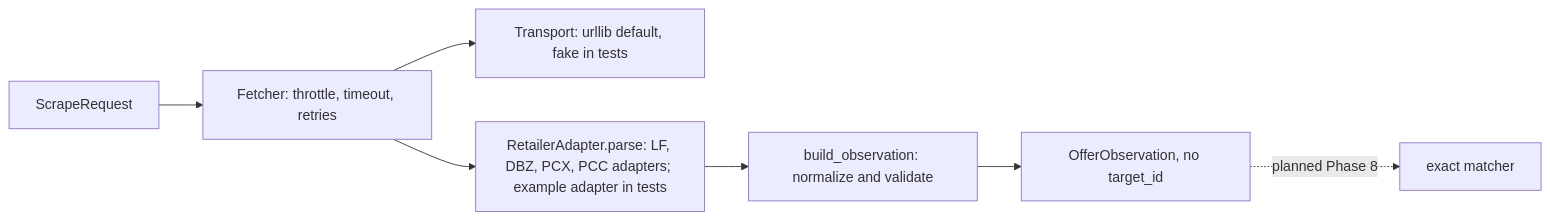
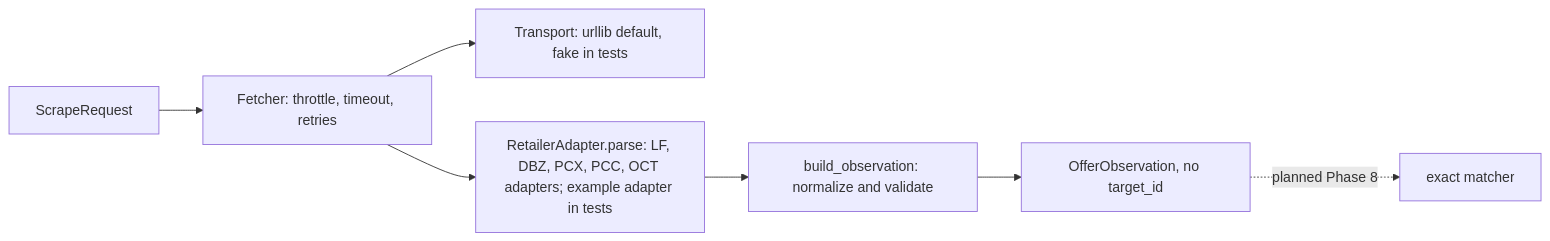
Before and after one commit to jarlericaa/laptop-price-tracker: the second of 2 diagrams in docs/ARCHITECTURE.md, drawn with Mermaid. The commit also changed other lines of this file and 15 other files, not shown here.

Commit message:
feat: add Octagon retailer adapter

````diff
--- a/docs/ARCHITECTURE.md
+++ b/docs/ARCHITECTURE.md
@@ -161,9 +163,9 @@
 ```mermaid
 flowchart LR
     RQ[ScrapeRequest] --> FE[Fetcher: throttle, timeout, retries]
     FE --> TR[Transport: urllib default, fake in tests]
-    FE --> AD[RetailerAdapter.parse: LF, DBZ, PCX, PCC adapters; example adapter in tests]
+    FE --> AD[RetailerAdapter.parse: LF, DBZ, PCX, PCC, OCT adapters; example adapter in tests]
     AD --> BO[build_observation: normalize and validate]
     BO --> OB[OfferObservation, no target_id]
     OB -. planned Phase 8 .-> MX[exact matcher]
 ```
````
